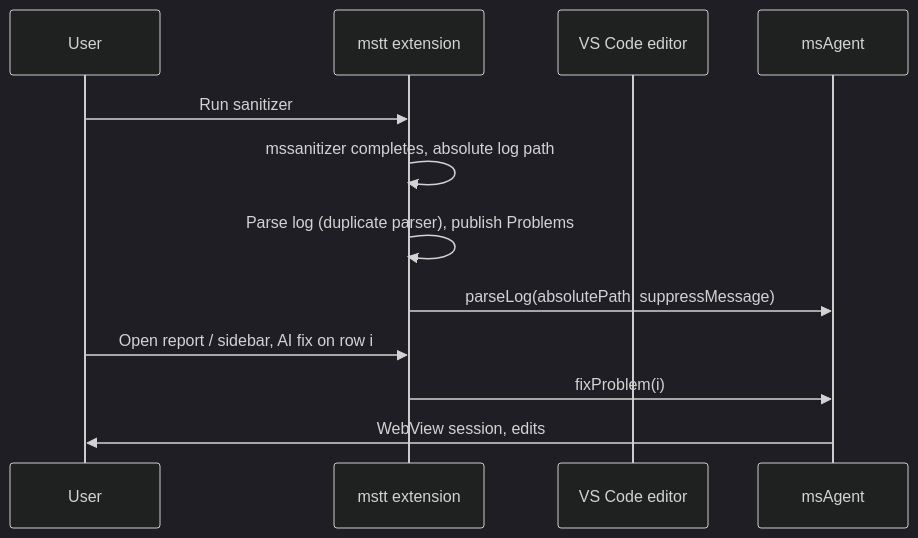
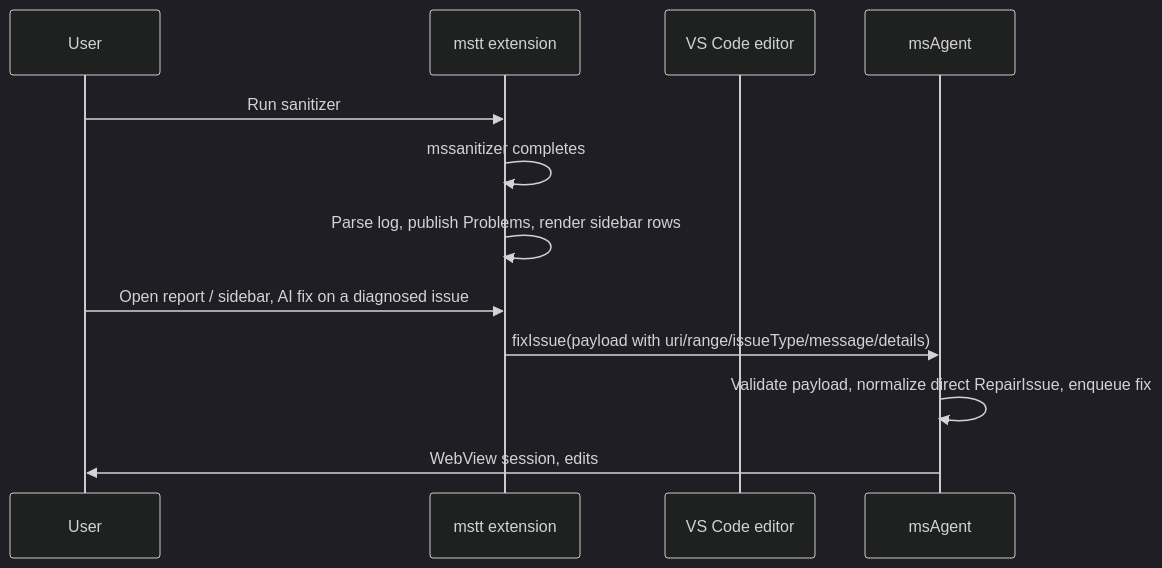
Before and after one commit to ll1r1k-1337/ms-agent: the diagram in docs/MSTT_INTEGRATION_ARCHITECTURE.md, drawn with Mermaid (dark theme). The commit also changed other lines of this file and 5 other files, not shown here.

First line of the commit message:
docs: document msagent.fixIssue and update MSTT integration spec

````diff
--- a/docs/MSTT_INTEGRATION_ARCHITECTURE.md
+++ b/docs/MSTT_INTEGRATION_ARCHITECTURE.md
@@ -52,15 +53,15 @@
 ```mermaid
 sequenceDiagram
   participant User
   participant mstt as mstt extension
   participant VS as VS Code editor
   participant msA as msAgent
 
   User->>mstt: Run sanitizer
-  mstt->>mstt: mssanitizer completes, absolute log path
-  mstt->>mstt: Parse log (duplicate parser), publish Problems
-  mstt->>msA: parseLog(absolutePath, suppressMessage)
-  User->>mstt: Open report / sidebar, AI fix on row i
-  mstt->>msA: fixProblem(i)
+  mstt->>mstt: mssanitizer completes
+  mstt->>mstt: Parse log, publish Problems, render sidebar rows
+  User->>mstt: Open report / sidebar, AI fix on a diagnosed issue
+  mstt->>msA: fixIssue(payload with uri/range/issueType/message/details)
+  msA->>msA: Validate payload, normalize direct RepairIssue, enqueue fix
   msA->>User: WebView session, edits
 ```
````
